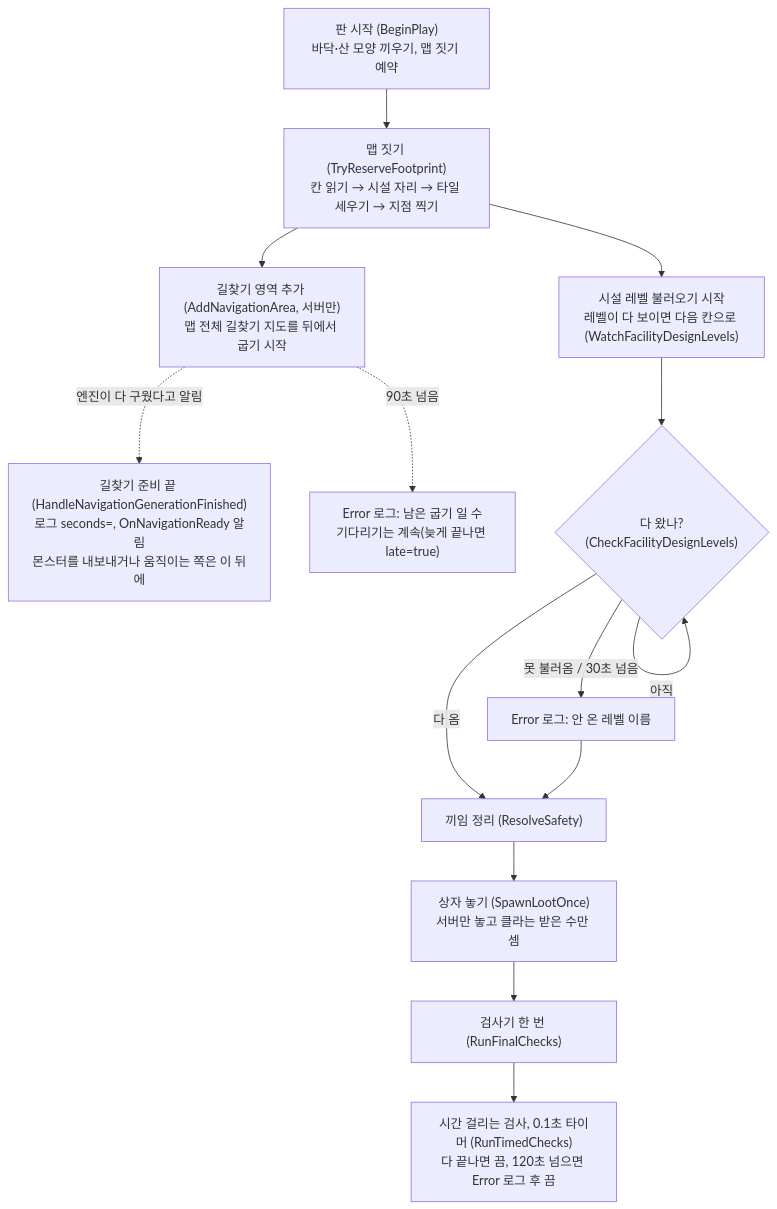
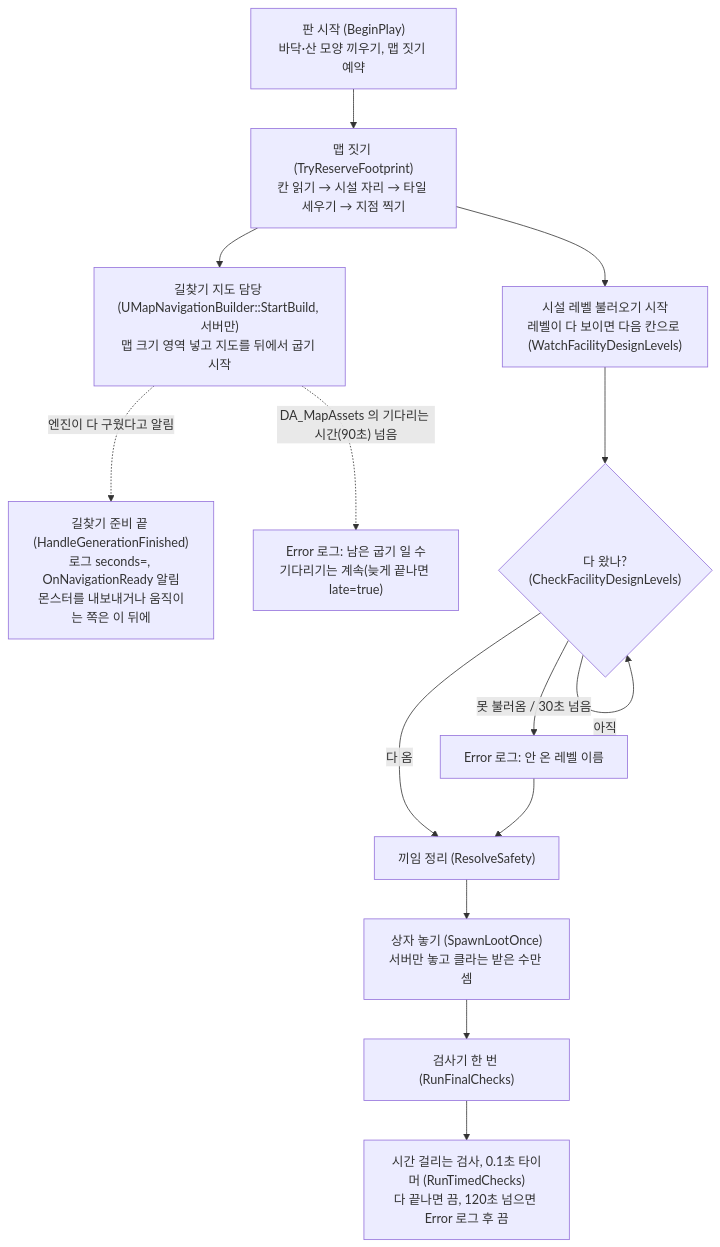
One commit to AssortRock-KDT6-Unreal-PowerAde/ProjectPG changed the diagram in Source/ProjectPG/Private/Actors/MapBuilder/README.md. Above: the diagram before and after it, drawn with Mermaid. The commit also changed other lines of this file and 5 other files, not shown here.

First line of the commit message:
#12 길찾기 지도 일을 MapBuilder 에서 떼어 담당(UMapNavigationBuilder)으로, 조정 수치는 DA_MapAssets 칸으로

````diff
--- a/Source/ProjectPG/Private/Actors/MapBuilder/README.md
+++ b/Source/ProjectPG/Private/Actors/MapBuilder/README.md
@@ -5,16 +5,16 @@
 ```mermaid
 flowchart TD
     A["판 시작 (BeginPlay)<br/>바닥·산 모양 끼우기, 맵 짓기 예약"] --> B["맵 짓기 (TryReserveFootprint)<br/>칸 읽기 → 시설 자리 → 타일 세우기 → 지점 찍기"]
-    B --> N["길찾기 영역 추가 (AddNavigationArea, 서버만)<br/>맵 전체 길찾기 지도를 뒤에서 굽기 시작"]
-    N -. "엔진이 다 구웠다고 알림" .-> NR["길찾기 준비 끝 (HandleNavigationGenerationFinished)<br/>로그 seconds=, OnNavigationReady 알림<br/>몬스터를 내보내거나 움직이는 쪽은 이 뒤에"]
-    N -. "90초 넘음" .-> NX["Error 로그: 남은 굽기 일 수<br/>기다리기는 계속(늦게 끝나면 late=true)"]
+    B --> N["길찾기 지도 담당 (UMapNavigationBuilder::StartBuild, 서버만)<br/>맵 크기 영역 넣고 지도를 뒤에서 굽기 시작"]
+    N -. "엔진이 다 구웠다고 알림" .-> NR["길찾기 준비 끝 (HandleGenerationFinished)<br/>로그 seconds=, OnNavigationReady 알림<br/>몬스터를 내보내거나 움직이는 쪽은 이 뒤에"]
+    N -. "DA_MapAssets 의 기다리는 시간(90초) 넘음" .-> NX["Error 로그: 남은 굽기 일 수<br/>기다리기는 계속(늦게 끝나면 late=true)"]
     B --> C["시설 레벨 불러오기 시작<br/>레벨이 다 보이면 다음 칸으로 (WatchFacilityDesignLevels)"]
     C --> D{"다 왔나?<br/>(CheckFacilityDesignLevels)"}
     D -- "아직" --> D
     D -- "다 옴" --> E["끼임 정리 (ResolveSafety)"]
     D -- "못 불러옴 / 30초 넘음" --> X["Error 로그: 안 온 레벨 이름"]
     X --> E
     E --> F["상자 놓기 (SpawnLootOnce)<br/>서버만 놓고 클라는 받은 수만 셈"]
     F --> G["검사기 한 번 (RunFinalChecks)"]
     G --> H["시간 걸리는 검사, 0.1초 타이머 (RunTimedChecks)<br/>다 끝나면 끔, 120초 넘으면 Error 로그 후 끔"]
 ```
````
